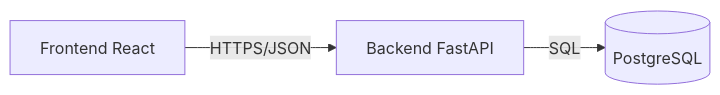
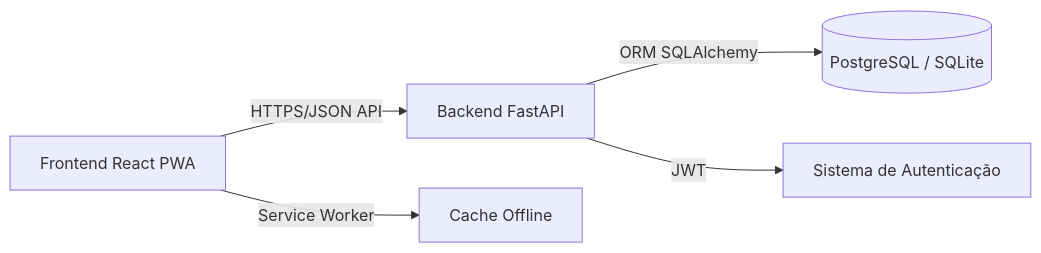
One commit to alessandrolsdev/controle-financeiro-api changed the diagram in README.md. Above: the diagram before and after it, drawn with Mermaid. The commit also changed other lines of this file and 4 other files, not shown here.

````diff
--- a/README.md
+++ b/README.md
@@ -35,5 +62,7 @@
 ```mermaid
 graph LR
-    Client[Frontend React] -- HTTPS/JSON --> API[Backend FastAPI]
-    API -- SQL --> DB[(PostgreSQL)]
+    Client[Frontend React PWA] -- HTTPS/JSON API --> API[Backend FastAPI]
+    API -- ORM SQLAlchemy --> DB[(PostgreSQL / SQLite)]
+    API -- JWT --> Auth[Sistema de Autenticação]
+    Client -- Service Worker --> Cache[Cache Offline]
 ```
````
